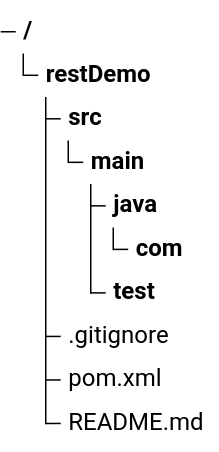
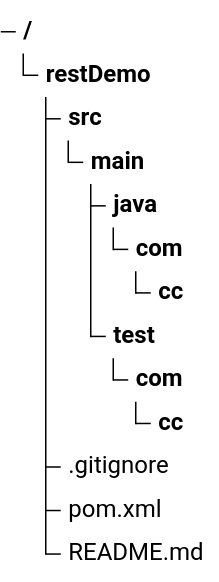
Before and after one commit to chanduujjina/Spring_Boot_Rest_AI: the diagram in Read.md, drawn with Mermaid (neutral theme).

Commit message:
Update directory structure in Read.md

````diff
--- a/Read.md
+++ b/Read.md
@@ -1,12 +1,15 @@
 ```mermaid
 treeView-beta
             restDemo/
                      src/
                          main/
                               java/
                                    com/
+                                       cc/
                               test/
+                                   com/
+                                       cc/
                 .gitignore
                 pom.xml
                 README.md
 ```
````
